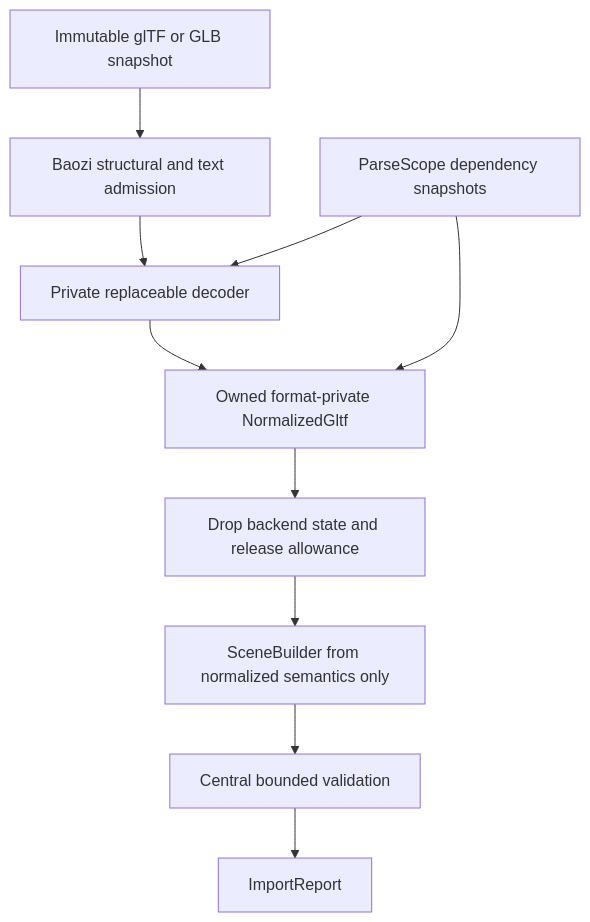
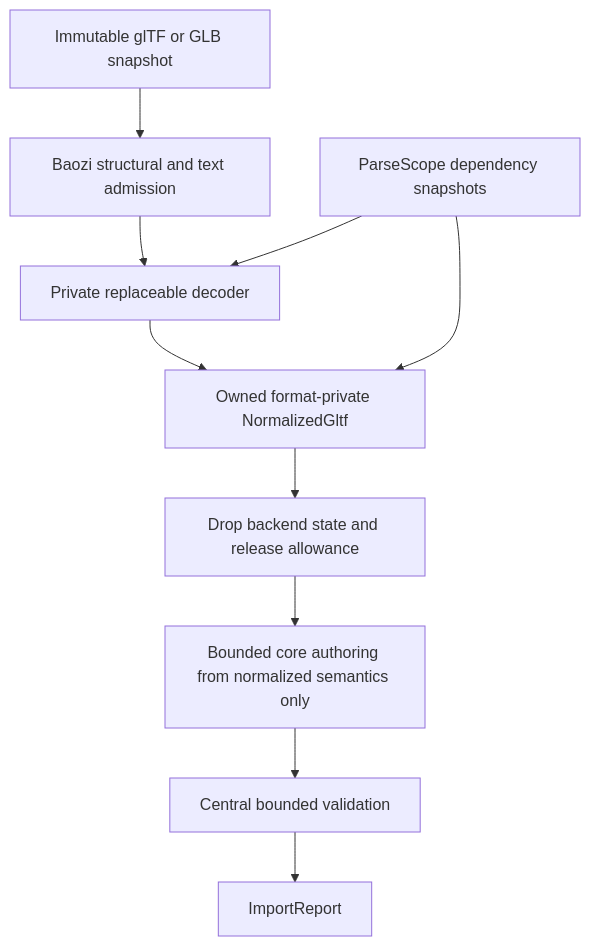
Before and after one commit to Latias94/baozi: the diagram in docs/adr/0027-gltf-backend-ownership-and-replacement-policy.md, drawn with Mermaid. The commit also changed other lines of this file and 18 other files, not shown here.

First line of the commit message:
docs(architecture): align canonical cutover gates

````diff
--- a/docs/adr/0027-gltf-backend-ownership-and-replacement-policy.md
+++ b/docs/adr/0027-gltf-backend-ownership-and-replacement-policy.md
@@ -66,12 +66,12 @@
 ```mermaid
 flowchart TB
     Primary[Immutable glTF or GLB snapshot] --> Admission[Baozi structural and text admission]
     Admission --> Backend[Private replaceable decoder]
     Scope[ParseScope dependency snapshots] --> Backend
     Backend --> Normalize[Owned format-private NormalizedGltf]
     Scope --> Normalize
     Normalize --> Drop[Drop backend state and release allowance]
-    Drop --> Builder[SceneBuilder from normalized semantics only]
-    Builder --> Validate[Central bounded validation]
+    Drop --> Author[Bounded core authoring from normalized semantics only]
+    Author --> Validate[Central bounded validation]
     Validate --> Report[ImportReport]
 ```
````
